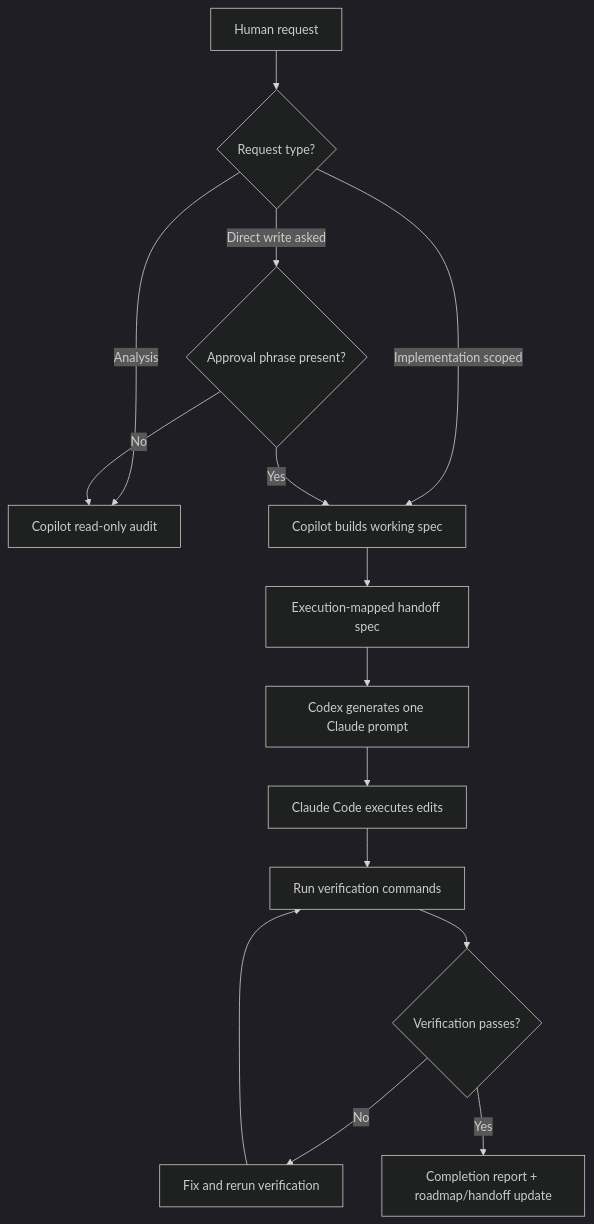
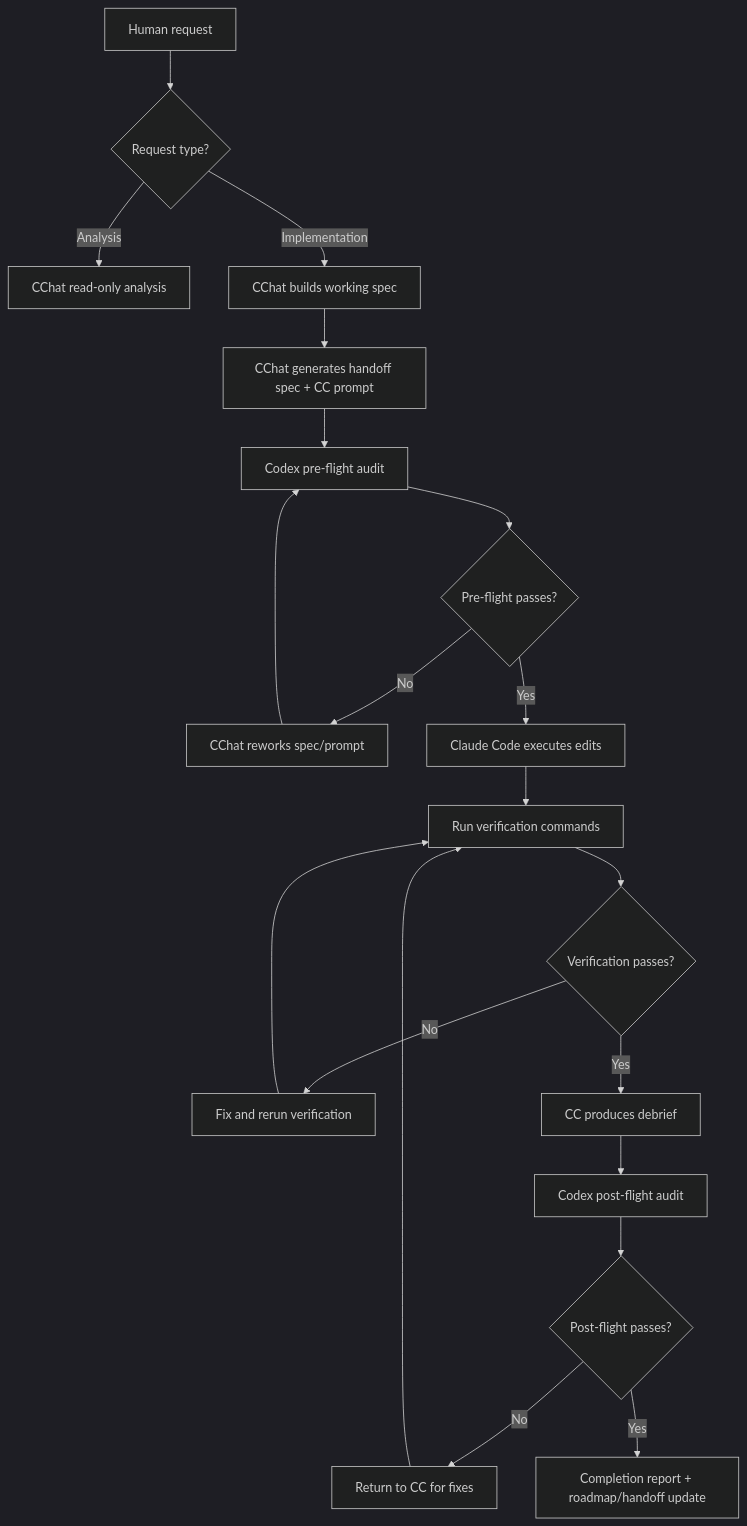
Before and after one commit to steampunkfarms/steampunk-strategy: the diagram in docs/operator-ai-orchestration-flow.md, drawn with Mermaid (dark theme). The commit also changed other lines of this file and 28 other files, not shown here.

First line of the commit message:
docs: protocol hardening, governance charter, metrics instrumentation, and handoff artifacts

````diff
--- a/docs/operator-ai-orchestration-flow.md
+++ b/docs/operator-ai-orchestration-flow.md
@@ -26,19 +26,23 @@
 ```mermaid
 flowchart TD
   A[Human request] --> B{Request type?}
-  B -->|Analysis| C[Copilot read-only audit]
-  B -->|Implementation scoped| D[Copilot builds working spec]
-  B -->|Direct write asked| E{Approval phrase present?}
+  B -->|Analysis| C[CChat read-only analysis]
+  B -->|Implementation| D[CChat builds working spec]
 
-  E -->|No| C
-  E -->|Yes| D
-
-  D --> F[Execution-mapped handoff spec]
-  F --> G[Codex generates one Claude prompt]
-  G --> H[Claude Code executes edits]
-  H --> I[Run verification commands]
-  I --> J{Verification passes?}
-  J -->|No| K[Fix and rerun verification]
-  K --> I
-  J -->|Yes| L[Completion report + roadmap/handoff update]
+  D --> E[CChat generates handoff spec + CC prompt]
+  E --> F[Codex pre-flight audit]
+  F --> G{Pre-flight passes?}
+  G -->|No| H[CChat reworks spec/prompt]
+  H --> F
+  G -->|Yes| I[Claude Code executes edits]
+  I --> J[Run verification commands]
+  J --> K{Verification passes?}
+  K -->|No| L[Fix and rerun verification]
+  L --> J
+  K -->|Yes| M[CC produces debrief]
+  M --> N[Codex post-flight audit]
+  N --> O{Post-flight passes?}
+  O -->|No| P[Return to CC for fixes]
+  P --> J
+  O -->|Yes| Q[Completion report + roadmap/handoff update]
 ```
````
